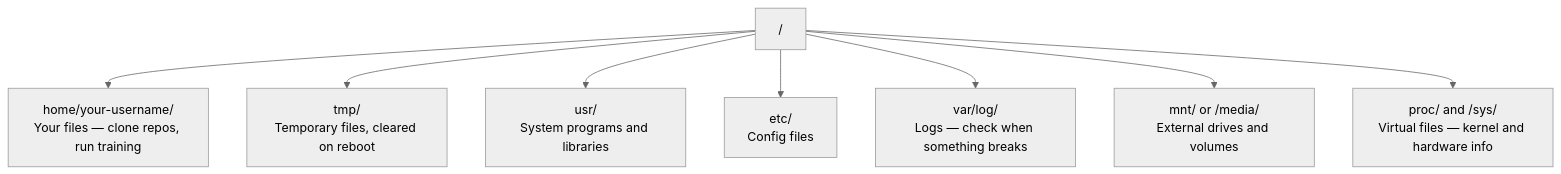
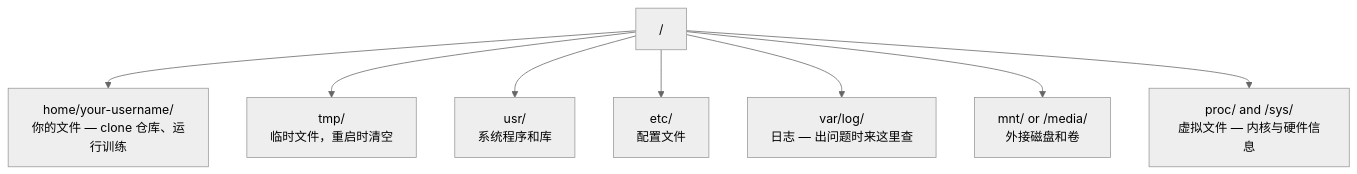
One commit to JerryC8080/ai-engineering-from-scratch-zh changed the diagram in phases/00-setup-and-tooling/11-linux-for-ai/docs/zh.md. Above: the diagram before and after it, drawn with Mermaid (neutral theme). The commit also changed 156 other files, not shown here.

First line of the commit message:
i18n(zh): translate mermaid diagram labels in 157 lesson zh.md

````diff
--- a/phases/00-setup-and-tooling/11-linux-for-ai/docs/zh.md
+++ b/phases/00-setup-and-tooling/11-linux-for-ai/docs/zh.md
@@ -29,10 +29,10 @@
 ```mermaid
 graph TD
-    root["/"] --> home["home/your-username/<br/>Your files — clone repos, run training"]
-    root --> tmp["tmp/<br/>Temporary files, cleared on reboot"]
-    root --> usr["usr/<br/>System programs and libraries"]
-    root --> etc["etc/<br/>Config files"]
-    root --> varlog["var/log/<br/>Logs — check when something breaks"]
-    root --> mnt["mnt/ or /media/<br/>External drives and volumes"]
-    root --> proc["proc/ and /sys/<br/>Virtual files — kernel and hardware info"]
+    root["/"] --> home["home/your-username/<br/>你的文件 — clone 仓库、运行训练"]
+    root --> tmp["tmp/<br/>临时文件，重启时清空"]
+    root --> usr["usr/<br/>系统程序和库"]
+    root --> etc["etc/<br/>配置文件"]
+    root --> varlog["var/log/<br/>日志 — 出问题时来这里查"]
+    root --> mnt["mnt/ or /media/<br/>外接磁盘和卷"]
+    root --> proc["proc/ and /sys/<br/>虚拟文件 — 内核与硬件信息"]
 ```
````
